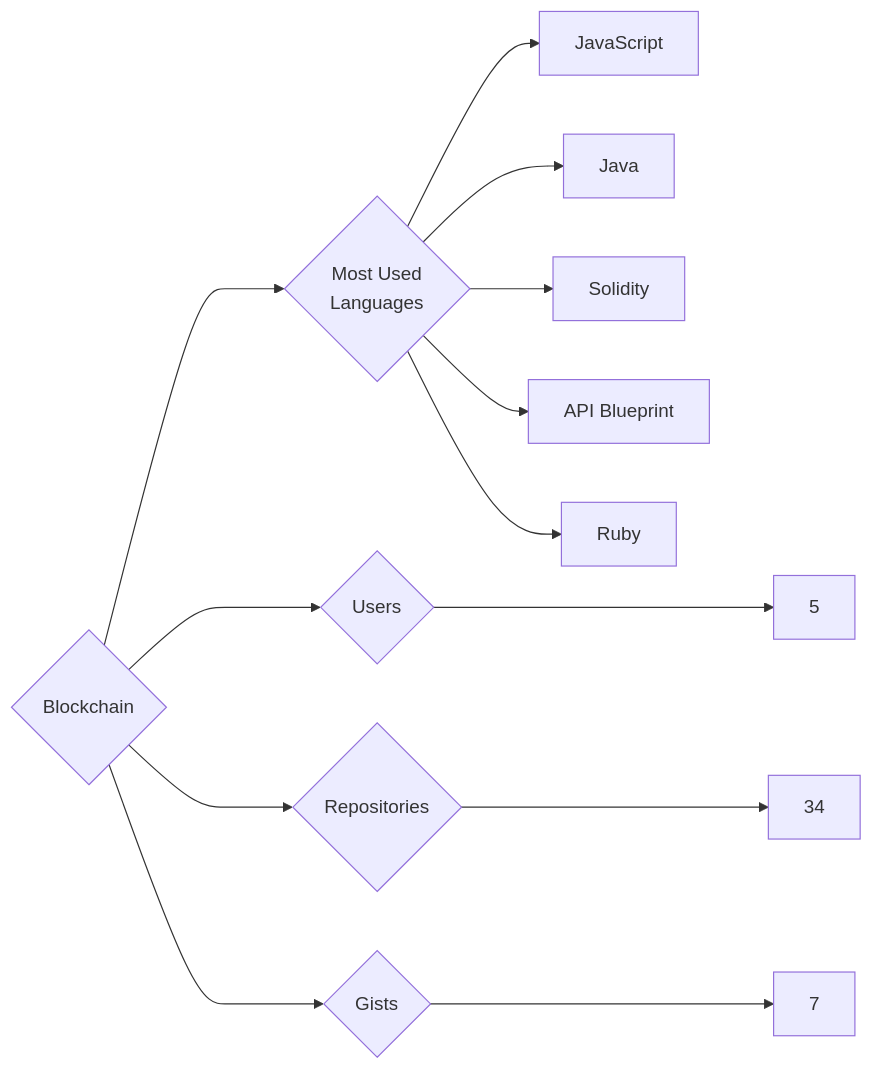
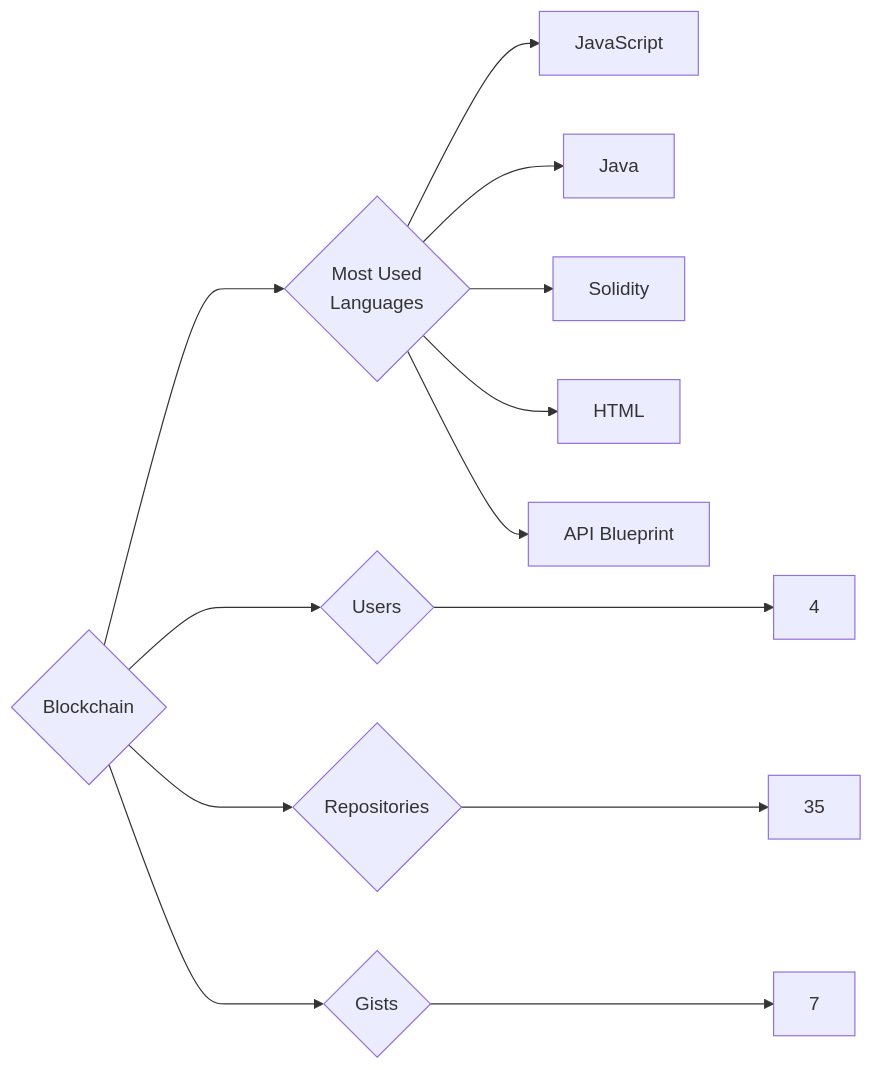
One commit to trickest/insiders changed the diagram in targets/Blockchain/README.md. Above: the diagram before and after it, drawn with Mermaid. The commit also changed 1023 other files, not shown here.

````diff
--- a/targets/Blockchain/README.md
+++ b/targets/Blockchain/README.md
@@ -3,13 +3,13 @@
 ```mermaid
 graph LR
 COMPANY_NAME{Blockchain}
-COMPANY_NAME ---> U{Users} ---> UN[5]
-COMPANY_NAME ---> R{Repositories} ---> RN[34]
+COMPANY_NAME ---> U{Users} ---> UN[4]
+COMPANY_NAME ---> R{Repositories} ---> RN[35]
 COMPANY_NAME ---> G{Gists} ---> GN[7]
 COMPANY_NAME ---> ML{Most Used<br>Languages}
 ML --> JavaScript[JavaScript]
 ML --> Java[Java]
 ML --> Solidity[Solidity]
+ML --> HTML[HTML]
 ML --> API_Blueprint[API Blueprint]
-ML --> Ruby[Ruby]
 ```
````
